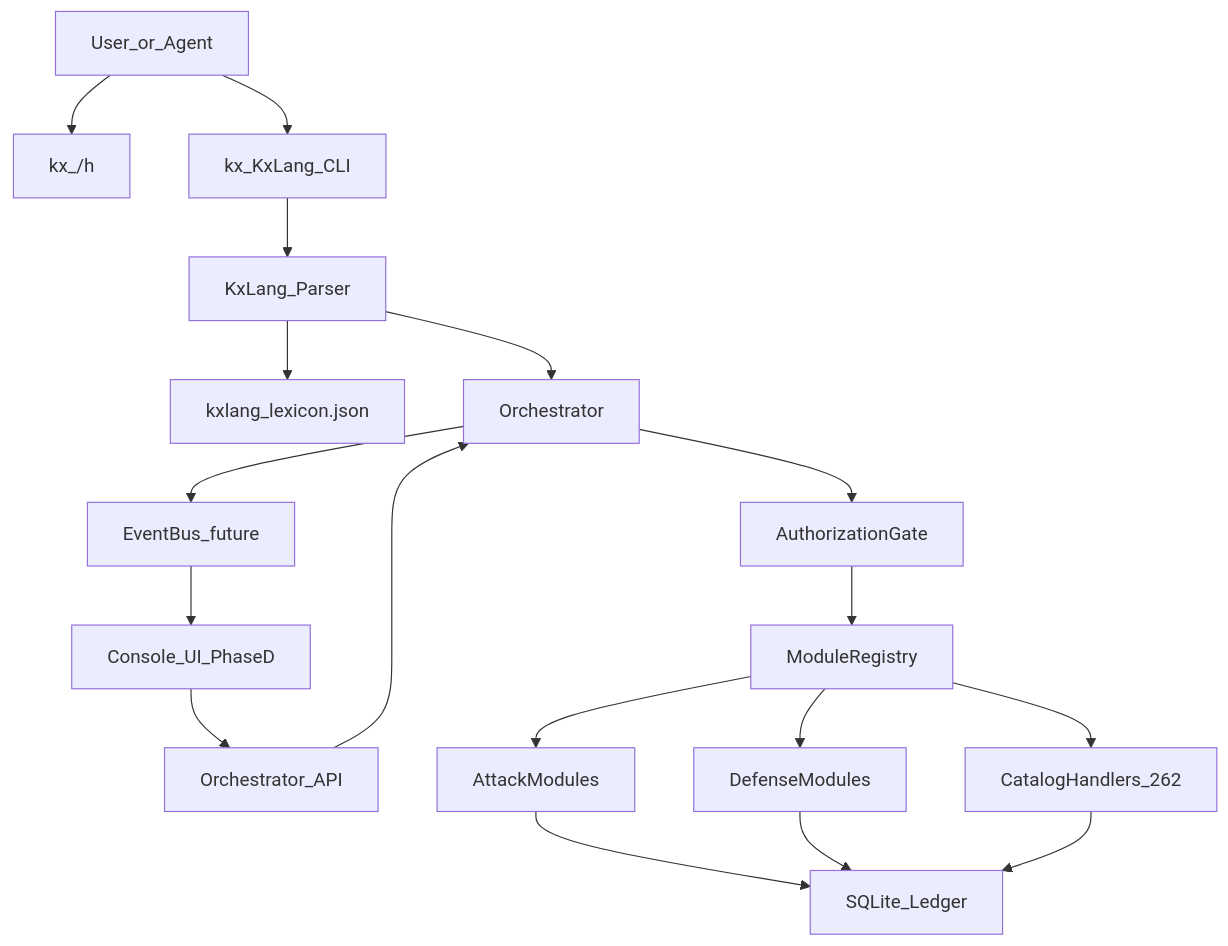
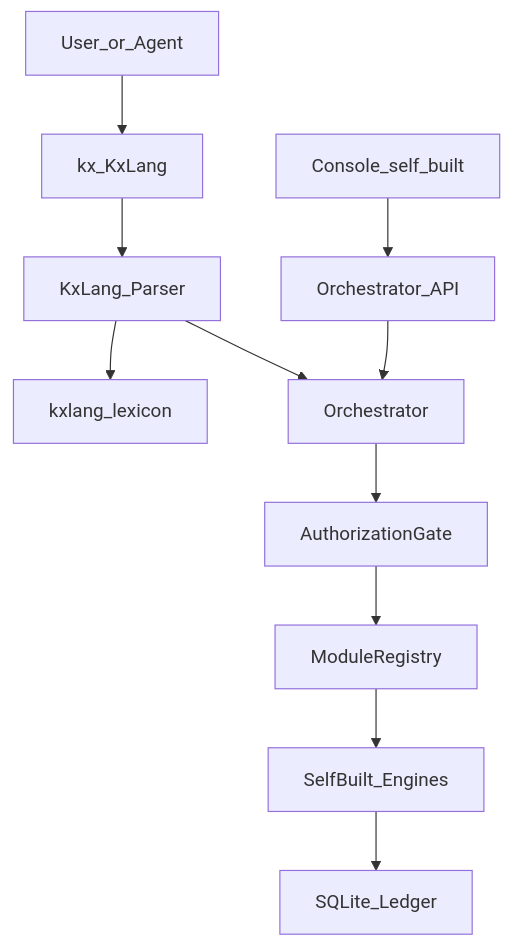
The first of 2 diagrams in docs/architecture.md (angelsj913/Kx-Defender-), drawn with Mermaid before and after one commit. The commit also changed other lines of this file and 14 other files, not shown here.

First line of the commit message:
Enforce Self-Built Only: no external security tools

````diff
--- a/docs/architecture.md
+++ b/docs/architecture.md
@@ -21,20 +20,13 @@
 ```mermaid
 flowchart TB
-  User[User_or_Agent] --> Help[kx_/h]
-  User --> Kx[kx_KxLang_CLI]
-  UI[Console_UI_PhaseD] --> KxAPI[Orchestrator_API]
+  User[User_or_Agent] --> Kx[kx_KxLang]
+  UI[Console_self_built] --> API[Orchestrator_API]
   Kx --> Parser[KxLang_Parser]
-  Parser --> Lexicon[kxlang_lexicon.json]
+  Parser --> Lexicon[kxlang_lexicon]
   Parser --> Orch[Orchestrator]
-  KxAPI --> Orch
+  API --> Orch
   Orch --> Auth[AuthorizationGate]
   Auth --> Registry[ModuleRegistry]
-  Registry --> Attack[AttackModules]
-  Registry --> Defense[DefenseModules]
-  Registry --> Catalog[CatalogHandlers_262]
-  Attack --> Store[SQLite_Ledger]
-  Defense --> Store
-  Catalog --> Store
-  Orch --> Events[EventBus_future]
-  Events --> UI
+  Registry --> Engines[SelfBuilt_Engines]
+  Engines --> Store[SQLite_Ledger]
 ```
````
